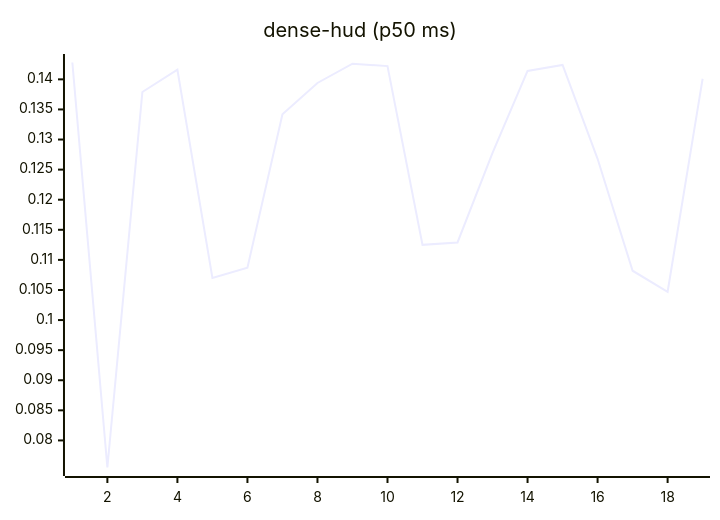
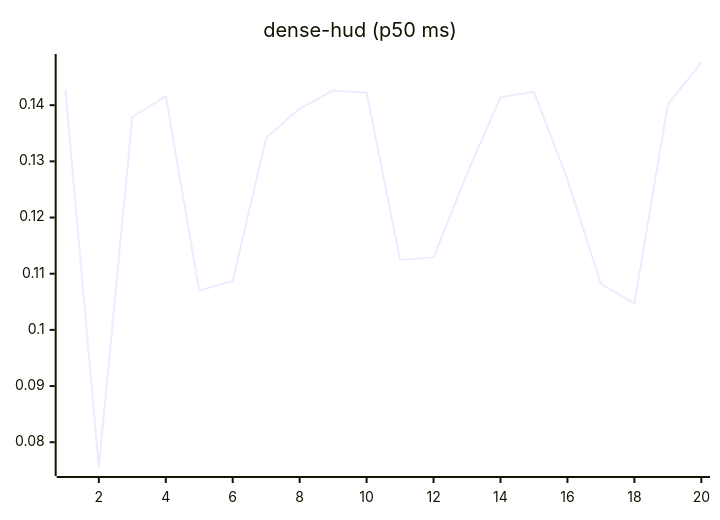
Before and after one commit to josha/Facet: the eighth of 27 diagrams in README.md, drawn with Mermaid. The commit also changed other lines of this file and 2 other files, not shown here.

````diff
--- a/README.md
+++ b/README.md
@@ -112,6 +112,6 @@
 ```mermaid
 xychart-beta
     title "dense-hud (p50 ms)"
-    x-axis 1 --> 19
-    line [0.1428, 0.0755, 0.1379, 0.1416, 0.1070, 0.1087, 0.1342, 0.1394, 0.1426, 0.1422, 0.1125, 0.1129, 0.1278, 0.1414, 0.1424, 0.1268, 0.1082, 0.1047, 0.1401]
+    x-axis 1 --> 20
+    line [0.1428, 0.0755, 0.1379, 0.1416, 0.1070, 0.1087, 0.1342, 0.1394, 0.1426, 0.1422, 0.1125, 0.1129, 0.1278, 0.1414, 0.1424, 0.1268, 0.1082, 0.1047, 0.1401, 0.1476]
 ```
````
